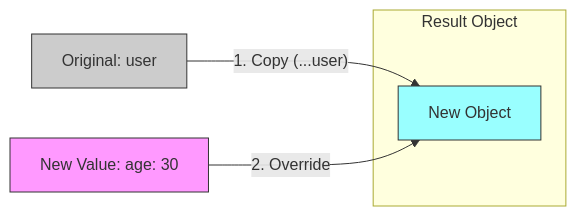
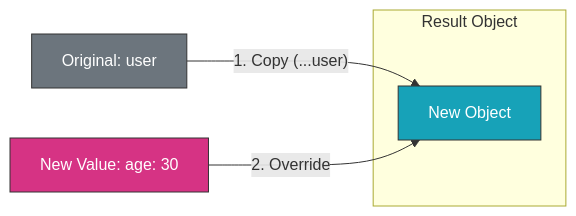
Before and after one commit to komiyamma/site_ichika_destruct-spread-named-rest: the first of 2 diagrams in D07.md, drawn with Mermaid. The commit also changed other lines of this file and 4 other files, not shown here.

Commit message:
docs(diagrams): Mermaid 図のスタイルと配色を調整

````diff
--- a/D07.md
+++ b/D07.md
@@ -220,13 +220,13 @@
 ```mermaid
 flowchart LR
     Original[Original: user] -- "1. Copy (...user)" --> NewObj[New Object]
     Override[New Value: age: 30] -- "2. Override" --> NewObj
     
     subgraph Result [Result Object]
     NewObj
     end
     
-    style Original fill:#ccc,stroke:#333
-    style Override fill:#f9f,stroke:#333
-    style NewObj fill:#9ff,stroke:#333
+    style Original fill:#6c757d,stroke:#333,color:#fff
+    style Override fill:#d63384,stroke:#333,color:#fff
+    style NewObj fill:#17a2b8,stroke:#333,color:#fff
 ```
````
